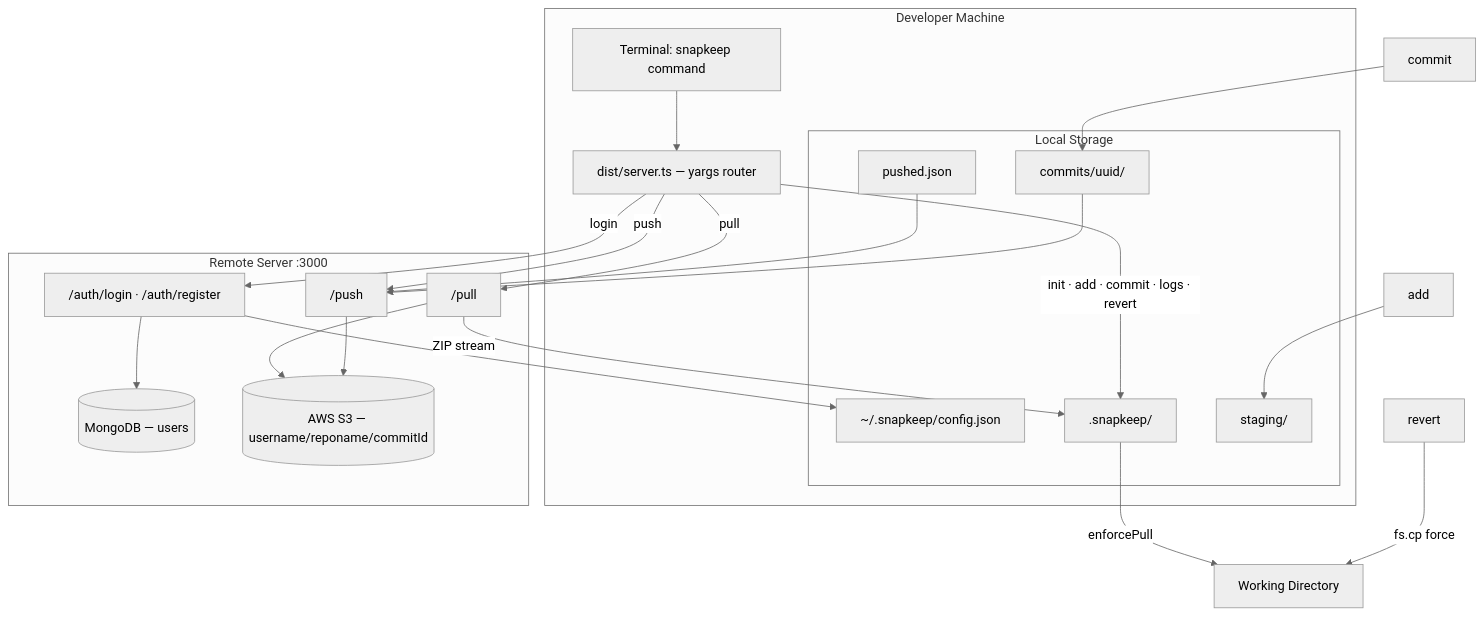
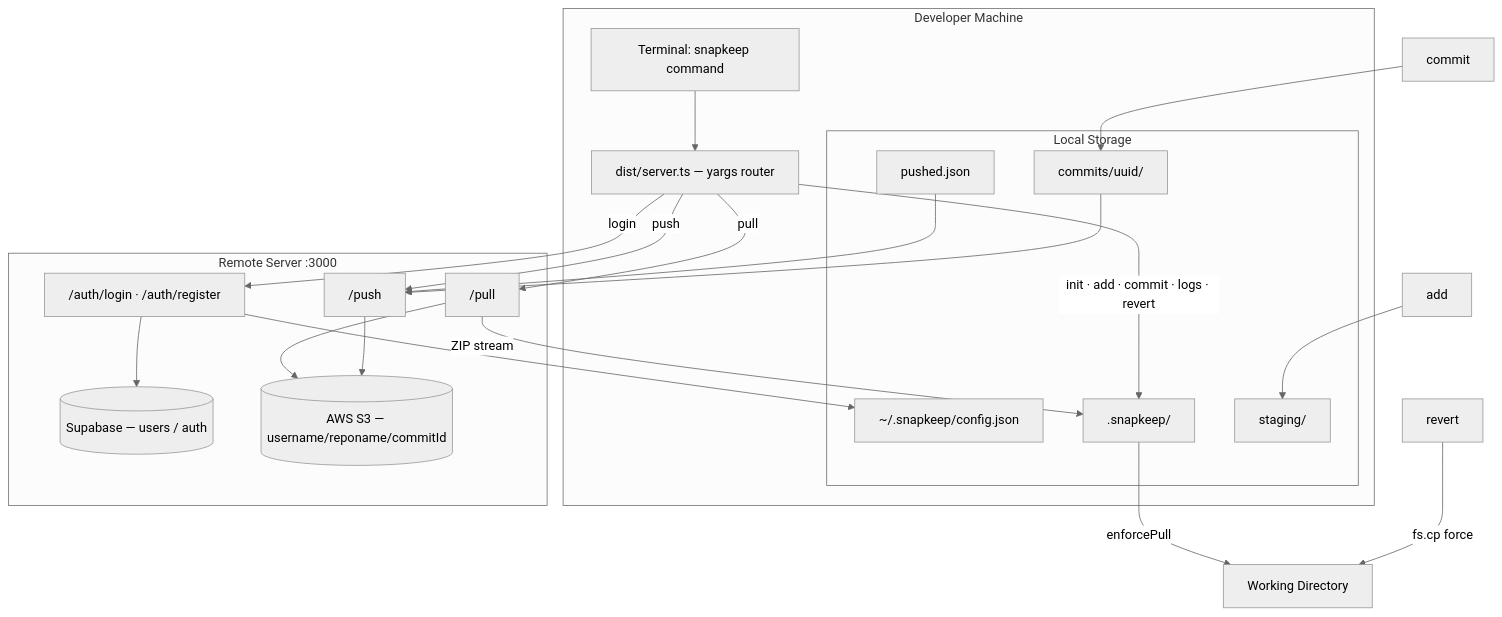
Before and after one commit to hars-hj/SnapKeep: the first of 2 diagrams in README.md, drawn with Mermaid (neutral theme). The commit also changed other lines of this file and 7 other files, not shown here.

````diff
--- a/README.md
+++ b/README.md
@@ -227,45 +227,45 @@
 ```mermaid
 flowchart TB
     subgraph User["Developer Machine"]
         T[Terminal: snapkeep command]
         CLI[dist/server.ts — yargs router]
         
         subgraph Local["Local Storage"]
             GC["~/.snapkeep/config.json"]
             MG[".snapkeep/"]
             STG[staging/]
             COM[commits/uuid/]
             PUSH[pushed.json]
         end
     end
 
     subgraph Remote["Remote Server :3000"]
         AUTH["/auth/login · /auth/register"]
         PUSH_EP["/push"]
         PULL_EP["/pull"]
-        DB[(MongoDB — users)]
+        DB[(Supabase — users / auth)]
         S3[(AWS S3 — username/reponame/commitId)]
     end
 
     T --> CLI
 
     CLI -->|login| AUTH
     AUTH --> GC
 
     CLI -->|init · add · commit · logs · revert| MG
     add --> STG
     commit --> COM
     revert -->|fs.cp force| WD[Working Directory]
 
     CLI -->|push| PUSH_EP
     COM --> PUSH_EP
     PUSH --> PUSH_EP
     PUSH_EP --> S3
 
     CLI -->|pull| PULL_EP
     PULL_EP --> S3
     PULL_EP -->|ZIP stream| MG
     MG -->|enforcePull| WD
 
     AUTH --> DB
 ```
````
